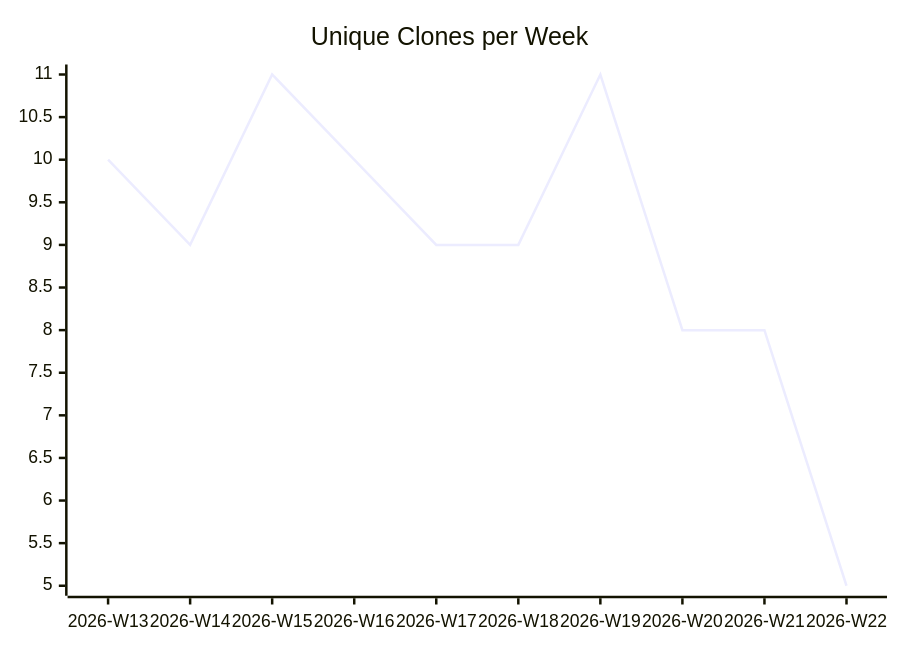
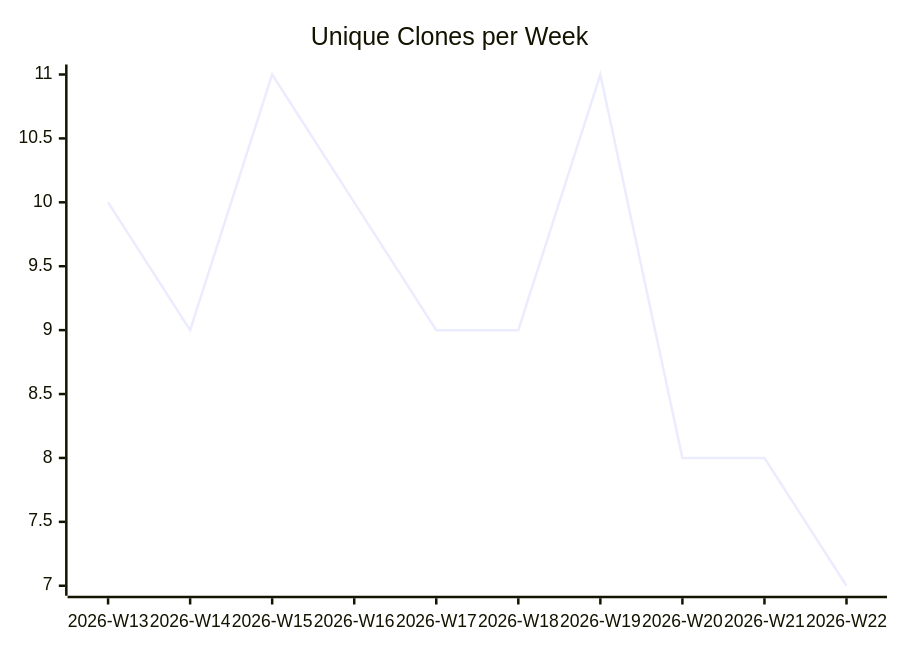
The third of 3 diagrams in karlmdavis/usgs-water-api-java/README.md (justdavis-family/github-analytics-data), drawn with Mermaid before and after one commit. The commit also changed other lines of this file and 189 other files, not shown here.

````diff
--- a/karlmdavis/usgs-water-api-java/README.md
+++ b/karlmdavis/usgs-water-api-java/README.md
@@ -19,6 +19,6 @@
 ```mermaid
 xychart-beta
   title "Unique Clones per Week"
   x-axis ["2026-W13", "2026-W14", "2026-W15", "2026-W16", "2026-W17", "2026-W18", "2026-W19", "2026-W20", "2026-W21", "2026-W22"]
-  line [10, 9, 11, 10, 9, 9, 11, 8, 8, 5]
+  line [10, 9, 11, 10, 9, 9, 11, 8, 8, 7]
 ```
````
